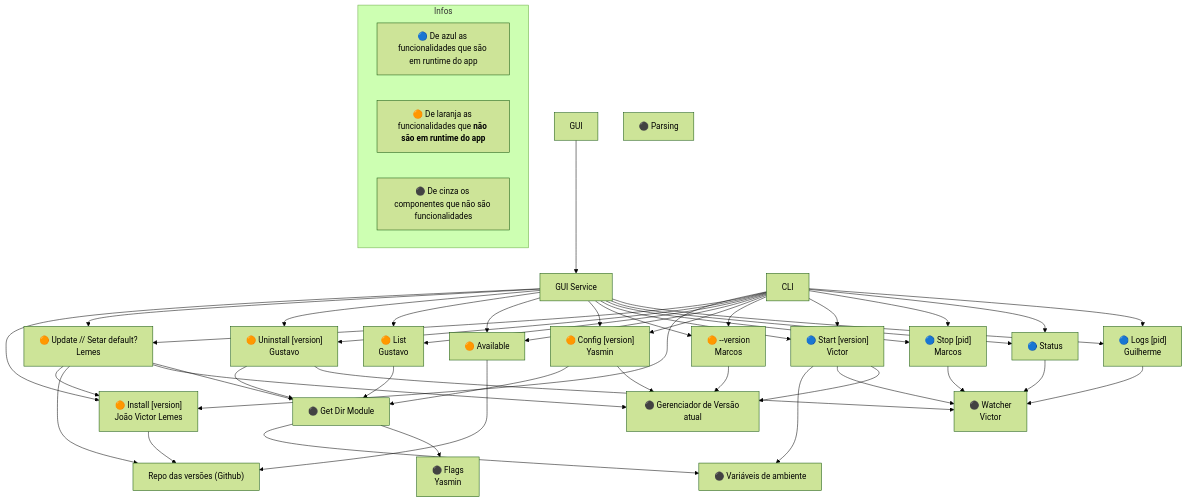
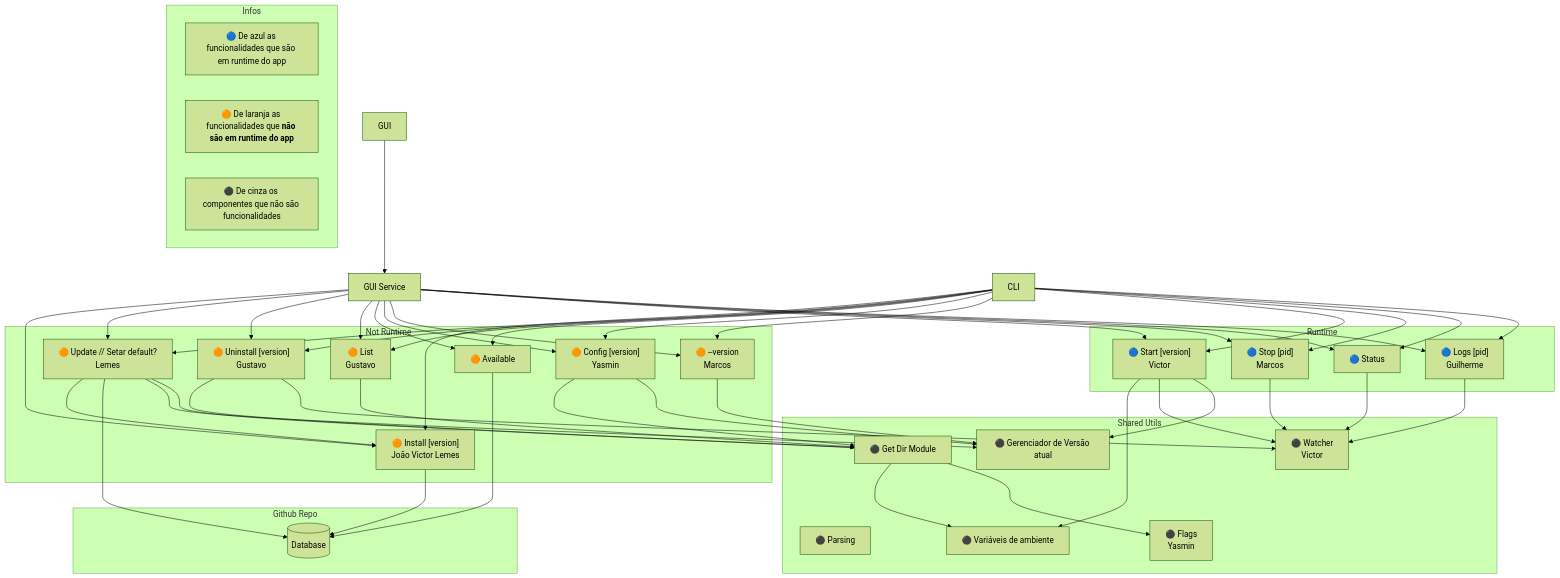
One commit to lem3s/fg changed the diagram in README.md. Above: the diagram before and after it, drawn with Mermaid (forest theme).

Commit message:
doc: better architecture diagram

````diff
--- a/README.md
+++ b/README.md
@@ -9,49 +9,66 @@
 ```mermaid
 ---
 config:
   layout: fixed
 ---
 flowchart TD
  subgraph Infos["Infos"]
         A1["🔵 De azul as funcionalidades que são em runtime do app"]
         A2["🟠 De laranja as funcionalidades que <strong>não<strong> são em runtime do app"]
         A3["⚫ De cinza os componentes que não são funcionalidades"]
   end
+
     GUI["GUI"]
     GUI_Service["GUI Service"]
     CLI["CLI"]
+
+ subgraph NotRuntime["Not Runtime"]
     Install["🟠 Install [version] <br> João Victor Lemes"]
     Update["🟠 Update // Setar default? <br> Lemes"]
     Uninstall["🟠 Uninstall [version] <br> Gustavo"]
     List["🟠 List <br> Gustavo"]
     Available["🟠 Available"]
     Config["🟠 Config [version] <br> Yasmin"]
     Version["🟠 --version <br> Marcos"]
+  end
+
+ subgraph Runtime["Runtime"]
     Start["🔵 Start [version] <br> Victor"]
     Stop["🔵 Stop [pid] <br> Marcos"]
     Status["🔵 Status"]
     Logs["🔵 Logs [pid] <br> Guilherme"]
-    Repo["Repo das versões (Github)"]
+  end
+
+ subgraph Github["Github Repo"]
+    Repo[(Database)]
+  end
+
+ subgraph Utils["Shared Utils"]
     Parsing["⚫ Parsing"]
     CurrentVersion["⚫ Gerenciador de Versão atual"]
     Watcher["⚫ Watcher <br> Victor"]
     EnvVars["⚫ Variáveis de ambiente"]
     Flags["⚫ Flags <br> Yasmin"]
     GetDirModule["⚫ Get Dir Module"]
+  end
 
     GUI --> GUI_Service
     CLI --> Install & Update & Uninstall & List & Available & Config & Version & Start & Stop & Status & Logs
     GUI_Service --> Install & Update & Uninstall & List & Available & Config & Version & Start & Stop & Status & Logs
+
     Install --> Repo
     Update --> Install & Repo & CurrentVersion & GetDirModule
     Uninstall --> GetDirModule & Watcher
     List --> GetDirModule
     Available --> Repo
     Config --> GetDirModule & CurrentVersion
     Version --> CurrentVersion
+
     Start --> EnvVars & Watcher & CurrentVersion
     Stop --> Watcher
     Status --> Watcher
     Logs --> Watcher
+
     GetDirModule --> EnvVars & Flags
+
 ```
````
